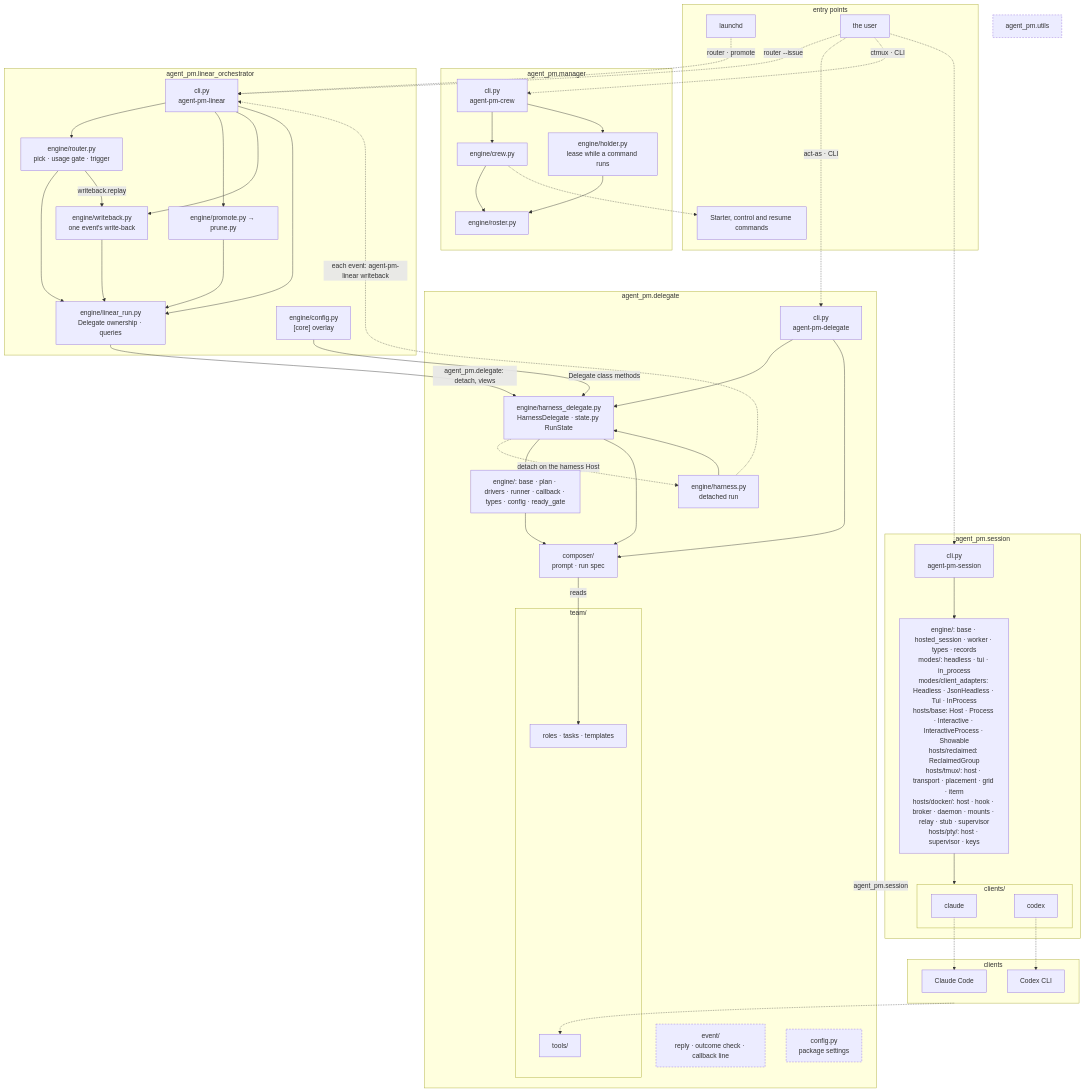
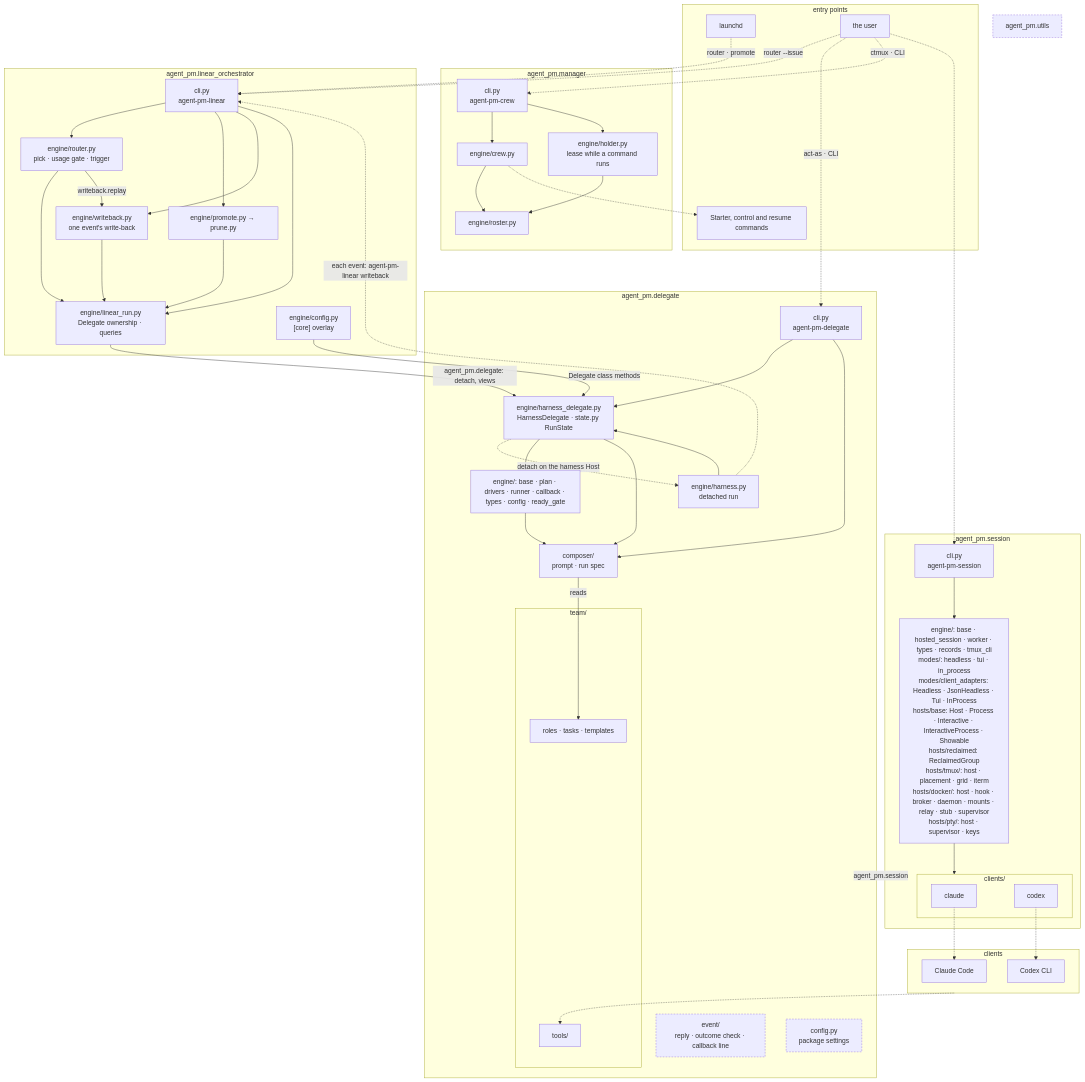
Before and after one commit to ophis/agent-pm: the diagram in docs/architecture.md, drawn with Mermaid. The commit also changed 39 other files, not shown here.

First line of the commit message:
TASK-613: rename Tmux to TmuxCli, move it to engine/tmux_cli.py (TASK-607 issue 1) (#374)

````diff
--- a/docs/architecture.md
+++ b/docs/architecture.md
@@ -5,72 +5,72 @@
 ```mermaid
 flowchart TB
   subgraph EN[entry points]
     LD[launchd]
     HU[the user]
     CC[Starter, control and resume commands]
   end
   subgraph MG[agent_pm.manager]
     MC["cli.py<br>agent-pm-crew"] --> W["engine/crew.py"] --> RS["engine/roster.py"]
     MC --> HO["engine/holder.py<br>lease while a command runs"] --> RS
   end
   subgraph LO[agent_pm.linear_orchestrator]
     LCLI["cli.py<br>agent-pm-linear"]
     R["engine/router.py<br>pick · usage gate · trigger"]
     LR["engine/linear_run.py<br>Delegate ownership · queries"]
     WB["engine/writeback.py<br>one event's write-back"]
     PP["engine/promote.py → prune.py"]
     LC["engine/config.py<br>[core] overlay"]
   end
   subgraph DL[agent_pm.delegate]
     D["cli.py<br>agent-pm-delegate"]
     HD["engine/harness_delegate.py<br>HarnessDelegate · state.py RunState"]
     H["engine/harness.py<br>detached run"]
     E["engine/: base · plan · drivers · runner · callback · types · config · ready_gate"]
     C["composer/<br>prompt · run spec"]
     EV["event/<br>reply · outcome check · callback line"]
     CF["config.py<br>package settings"]
     subgraph TM[team/]
       T["roles · tasks · templates"]
       AT[tools/]
     end
   end
   subgraph SE[agent_pm.session]
     SC["cli.py<br>agent-pm-session"]
-    DR["engine/: base · hosted_session · worker · types · records<br>modes/: headless · tui · in_process<br>modes/client_adapters: Headless · JsonHeadless · Tui · InProcess<br>hosts/base: Host · Process · Interactive · InteractiveProcess · Showable<br>hosts/reclaimed: ReclaimedGroup<br>hosts/tmux/: host · transport · placement · grid · iterm<br>hosts/docker/: host · hook · broker · daemon · mounts · relay · stub · supervisor<br>hosts/pty/: host · supervisor · keys"]
+    DR["engine/: base · hosted_session · worker · types · records · tmux_cli<br>modes/: headless · tui · in_process<br>modes/client_adapters: Headless · JsonHeadless · Tui · InProcess<br>hosts/base: Host · Process · Interactive · InteractiveProcess · Showable<br>hosts/reclaimed: ReclaimedGroup<br>hosts/tmux/: host · placement · grid · iterm<br>hosts/docker/: host · hook · broker · daemon · mounts · relay · stub · supervisor<br>hosts/pty/: host · supervisor · keys"]
     subgraph AD[clients/]
       CL[claude]
       CX[codex]
     end
   end
   U[agent_pm.utils]
   subgraph RT[clients]
     P1[Claude Code]
     P2[Codex CLI]
   end
   LD -.->|"router · promote"| LCLI
   HU -.->|"router --issue"| LCLI
   HU -.->|"act-as · CLI"| D
   HU -.->|"ctmux · CLI"| MC
   HU -.-> SC
   SC --> DR
   LCLI --> R & PP & WB & LR
   R & PP & WB --> LR
   R -->|"writeback.replay"| WB
   LR -->|"agent_pm.delegate: detach, views"| HD
   H -.->|"each event: agent-pm-linear writeback"| LCLI
   LC -->|"Delegate class methods"| HD
   W -.-> CC
   D & H --> HD
   D --> C
   HD -.->|"detach on the harness Host"| H
   HD --> E & C
   E --> C
   DL -->|agent_pm.session| SE
   C -->|reads| T
   DR --> AD
   CL -.-> P1
   CX -.-> P2
   RT -.-> AT
   classDef shared stroke-dasharray: 4 3
   class EV,U,CF shared
 ```
````
